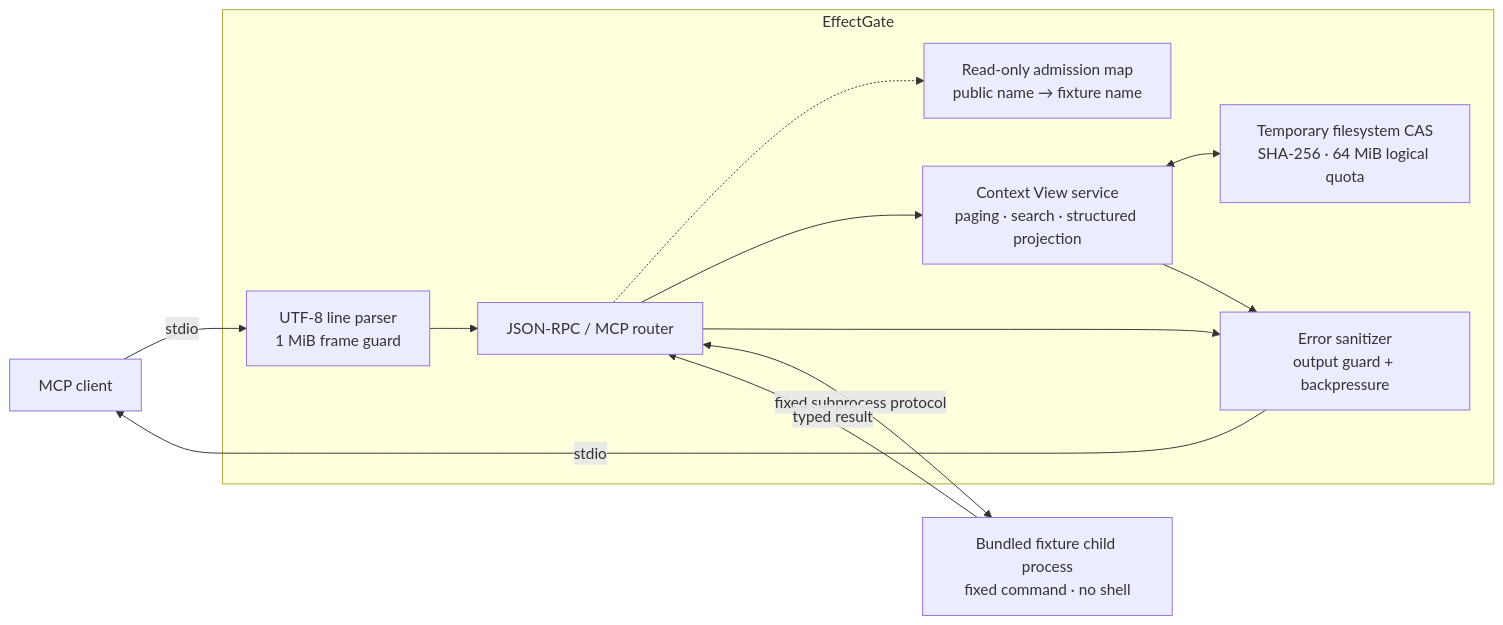
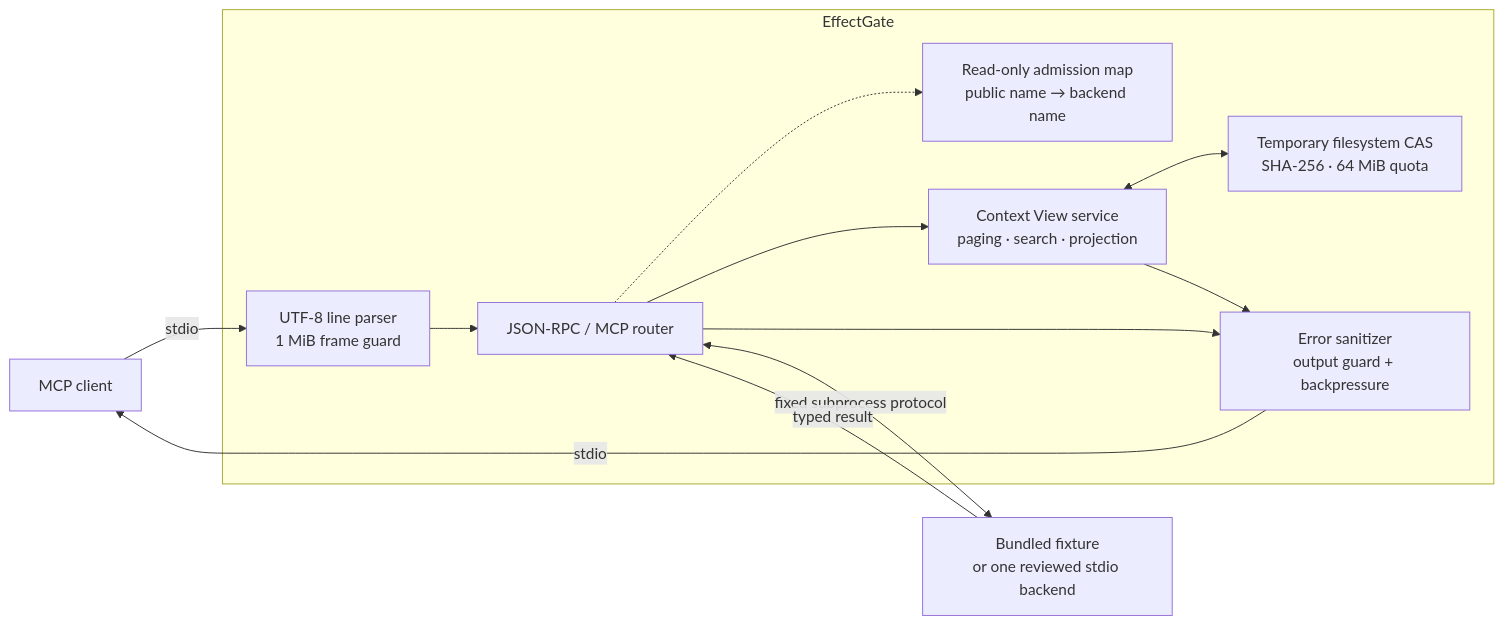
Before and after one commit to Miniks040506/EffectGate: the diagram in README.md, drawn with Mermaid. The commit also changed other lines of this file and 4 other files, not shown here.

````diff
--- a/README.md
+++ b/README.md
@@ -214,27 +196,27 @@
 ```mermaid
 flowchart LR
     Client["MCP client"]
 
     subgraph Gate["EffectGate"]
         Input["UTF-8 line parser<br/>1 MiB frame guard"]
         Router["JSON-RPC / MCP router"]
-        Catalog["Read-only admission map<br/>public name → fixture name"]
-        Views["Context View service<br/>paging · search · structured projection"]
-        Store["Temporary filesystem CAS<br/>SHA-256 · 64 MiB logical quota"]
+        Catalog["Read-only admission map<br/>public name → backend name"]
+        Views["Context View service<br/>paging · search · projection"]
+        Store["Temporary filesystem CAS<br/>SHA-256 · 64 MiB quota"]
         Output["Error sanitizer<br/>output guard + backpressure"]
 
         Input --> Router
         Router -.-> Catalog
         Router --> Views
         Views <--> Store
         Router --> Output
         Views --> Output
     end
 
-    Fixture["Bundled fixture child process<br/>fixed command · no shell"]
+    Backend["Bundled fixture<br/>or one reviewed stdio backend"]
 
     Client -->|"stdio"| Input
-    Router <-->|"fixed subprocess protocol"| Fixture
-    Fixture -->|"typed result"| Router
+    Router <-->|"fixed subprocess protocol"| Backend
+    Backend -->|"typed result"| Router
     Output -->|"stdio"| Client
 ```
````
